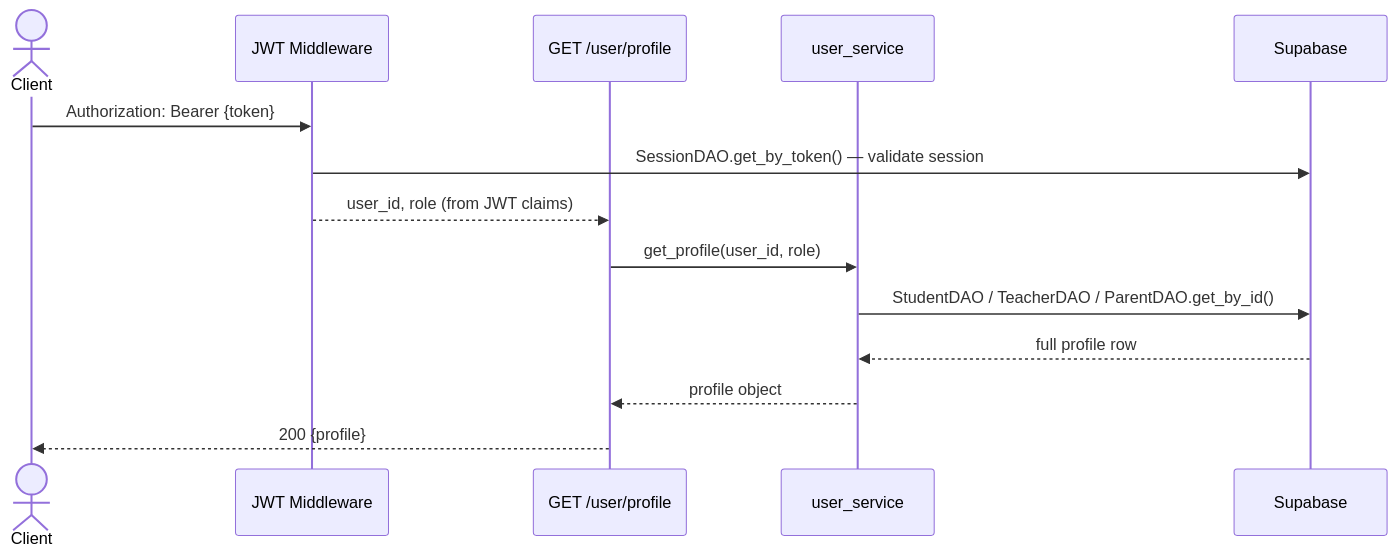
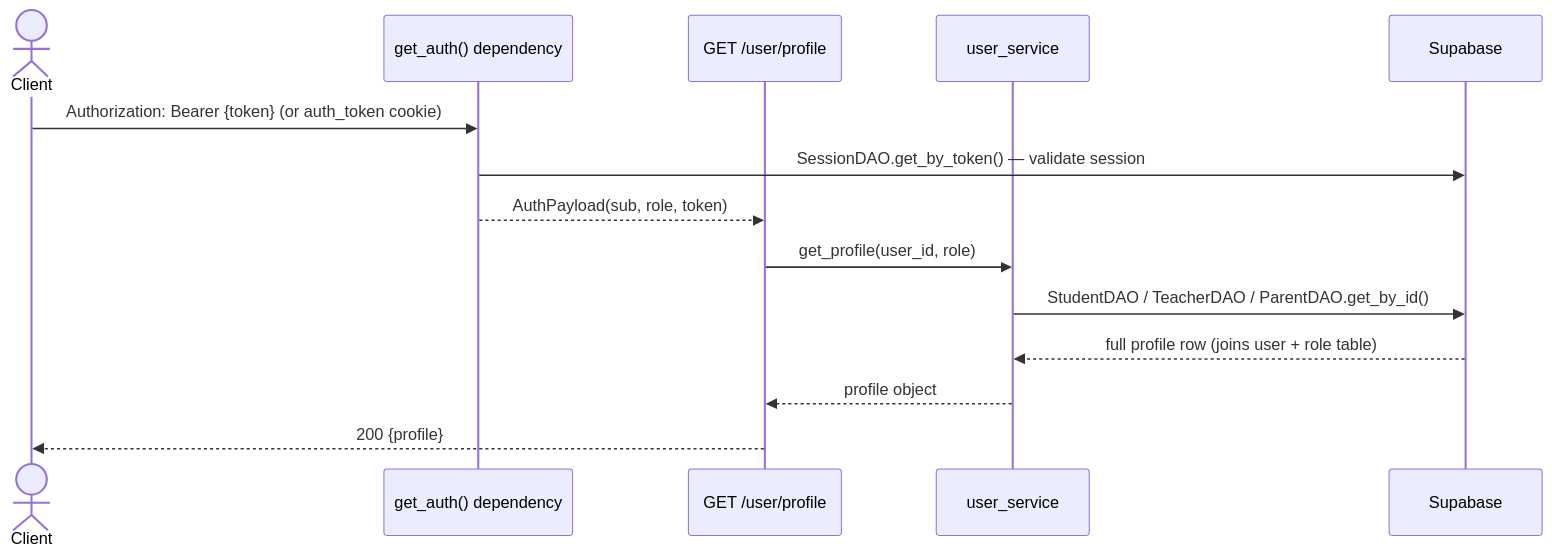
Before and after one commit to EduQuest-AI-Inc/eduquest-backend: the sixth of 22 diagrams in ARCHITECTURE.md, drawn with Mermaid. The commit also changed other lines of this file, not shown here.

````diff
--- a/ARCHITECTURE.md
+++ b/ARCHITECTURE.md
@@ -159,17 +161,17 @@
 ```mermaid
 sequenceDiagram
     actor C as Client
-    participant MW as JWT Middleware
+    participant MW as get_auth() dependency
     participant R as GET /user/profile
     participant S as user_service
     participant DB as Supabase
 
-    C->>MW: Authorization: Bearer {token}
+    C->>MW: Authorization: Bearer {token}  (or auth_token cookie)
     MW->>DB: SessionDAO.get_by_token()  — validate session
-    MW-->>R: user_id, role (from JWT claims)
+    MW-->>R: AuthPayload(sub, role, token)
     R->>S: get_profile(user_id, role)
     S->>DB: StudentDAO / TeacherDAO / ParentDAO.get_by_id()
-    DB-->>S: full profile row
+    DB-->>S: full profile row (joins user + role table)
     S-->>R: profile object
     R-->>C: 200  {profile}
 ```
````
